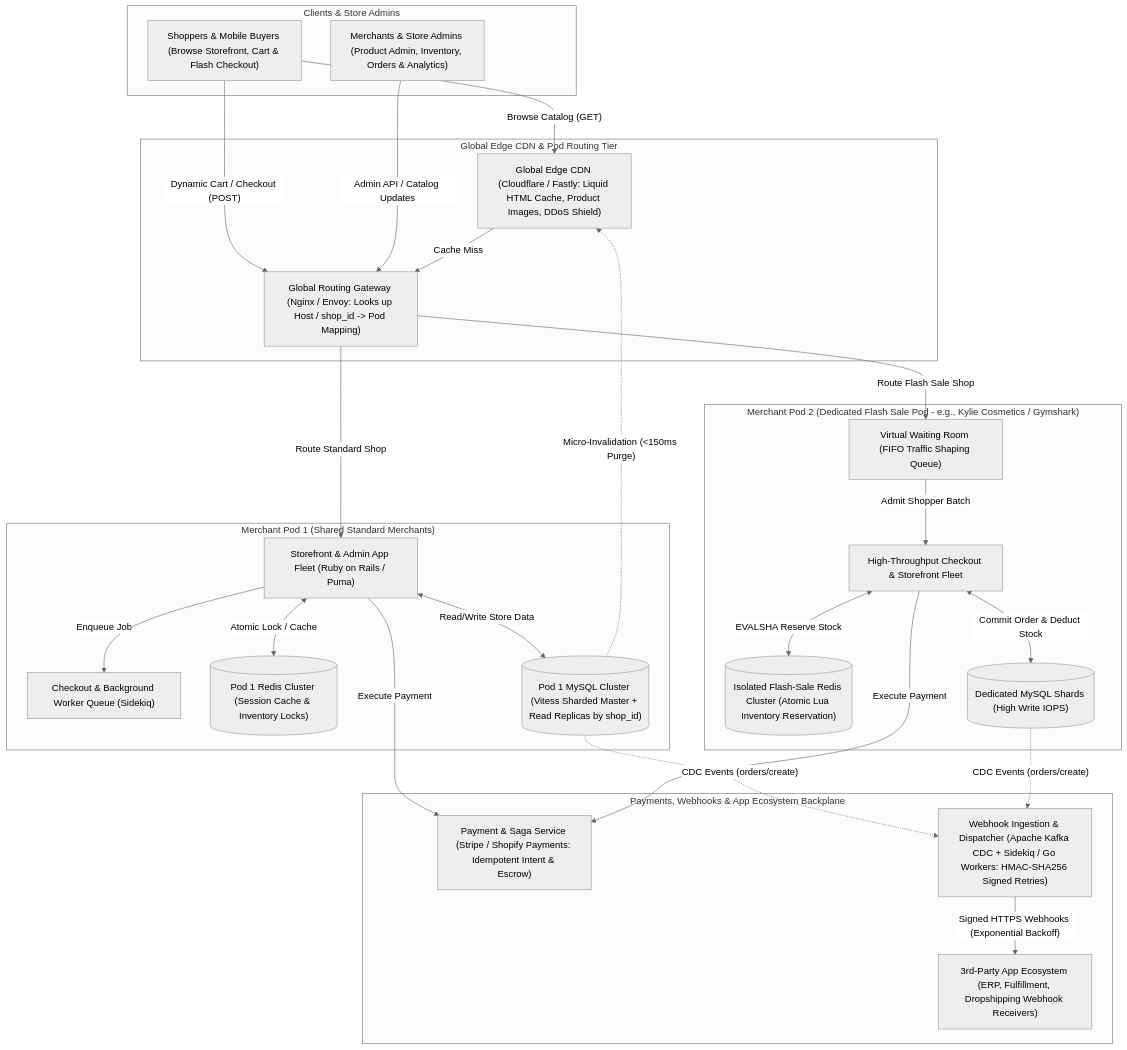
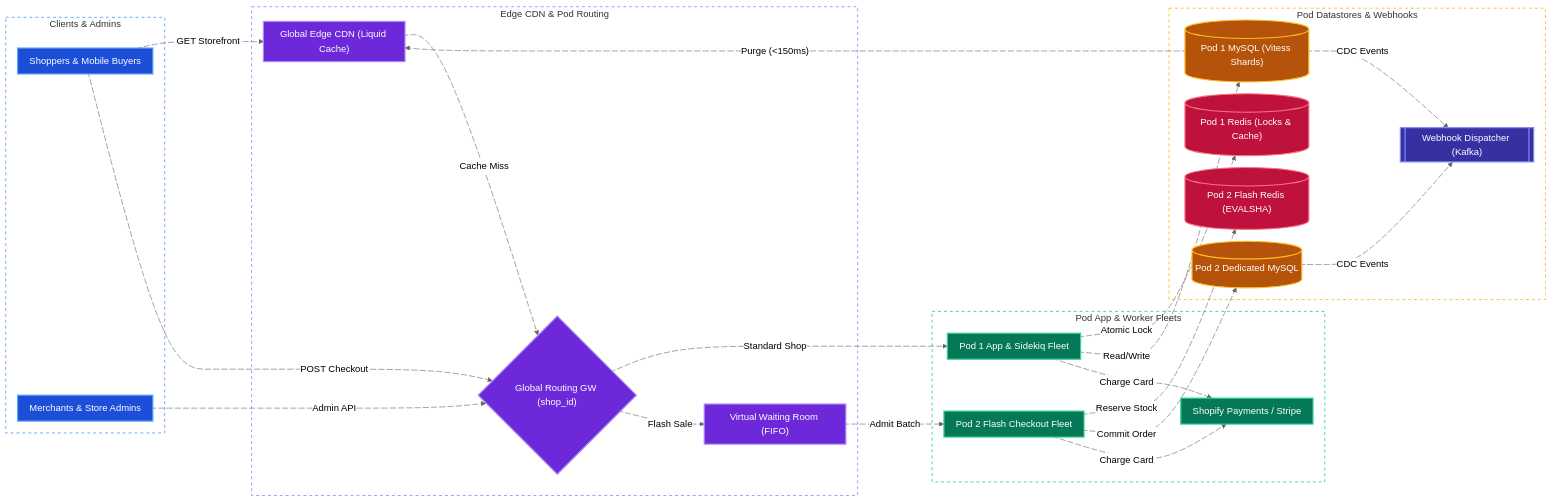
Before and after one commit to tarunbatta/tech-interview-prep: the fourth of 4 diagrams in system-design/shopify.md, drawn with Mermaid (neutral theme). The commit also changed other lines of this file and 30 other files, not shown here.

First line of the commit message:
docs(system-design): convert Mermaid flowcharts to LR with colors and animated edges

````diff
--- a/system-design/shopify.md
+++ b/system-design/shopify.md
@@ -238,46 +277,77 @@
 ```mermaid
-flowchart TD
-    subgraph Users["Clients & Store Admins"]
-        Buyers["Shoppers & Mobile Buyers (Browse Storefront, Cart & Flash Checkout)"]
-        Merchants["Merchants & Store Admins (Product Admin, Inventory, Orders & Analytics)"]
+%%{init: {'flowchart': {'nodeSpacing': 20, 'rankSpacing': 40, 'padding': 10}}}%%
+flowchart LR
+    subgraph Users["Clients & Admins"]
+        Buyers["Shoppers & Mobile Buyers"]
+        Merchants["Merchants & Store Admins"]
     end
-    subgraph EdgeRouting["Global Edge CDN & Pod Routing Tier"]
-        CDN["Global Edge CDN (Cloudflare / Fastly: Liquid HTML Cache, Product Images, DDoS Shield)"]
-        RoutingGW["Global Routing Gateway (Nginx / Envoy: Looks up Host / shop_id -> Pod Mapping)"]
+    subgraph EdgeRouting["Edge CDN & Pod Routing"]
+        CDN["Global Edge CDN (Liquid Cache)"]
+        RoutingGW{"Global Routing GW (shop_id)"}
+        WaitRoom["Virtual Waiting Room (FIFO)"]
     end
-    subgraph Pod1Cluster["Merchant Pod 1 (Shared Standard Merchants)"]
-        Pod1App["Storefront & Admin App Fleet (Ruby on Rails / Puma)"]
-        Pod1Queue["Checkout & Background Worker Queue (Sidekiq)"]
-        Pod1Redis[("Pod 1 Redis Cluster (Session Cache & Inventory Locks)")]
-        Pod1MySQL[("Pod 1 MySQL Cluster (Vitess Sharded Master + Read Replicas by shop_id)")]
+    subgraph PodCompute["Pod App & Worker Fleets"]
+        Pod1App["Pod 1 App & Sidekiq Fleet"]
+        Pod2App["Pod 2 Flash Checkout Fleet"]
+        PaymentSvc["Shopify Payments / Stripe"]
     end
-    subgraph Pod2Cluster["Merchant Pod 2 (Dedicated Flash Sale Pod - e.g., Kylie Cosmetics / Gymshark)"]
-        WaitRoom["Virtual Waiting Room (FIFO Traffic Shaping Queue)"]
-        Pod2App["High-Throughput Checkout & Storefront Fleet"]
-        Pod2Redis[("Isolated Flash-Sale Redis Cluster (Atomic Lua Inventory Reservation)")]
-        Pod2MySQL[("Dedicated MySQL Shards (High Write IOPS)")]
+    subgraph DataAndBackplane["Pod Datastores & Webhooks"]
+        Pod1Redis[("Pod 1 Redis (Locks & Cache)")]
+        Pod1MySQL[("Pod 1 MySQL (Vitess Shards)")]
+        Pod2Redis[("Pod 2 Flash Redis (EVALSHA)")]
+        Pod2MySQL[("Pod 2 Dedicated MySQL")]
+        WebhookPipe[["Webhook Dispatcher (Kafka)"]]
     end
-    subgraph SharedBackplane["Payments, Webhooks & App Ecosystem Backplane"]
-        PaymentSvc["Payment & Saga Service (Stripe / Shopify Payments: Idempotent Intent & Escrow)"]
-        WebhookPipe["Webhook Ingestion & Dispatcher (Apache Kafka CDC + Sidekiq / Go Workers: HMAC-SHA256 Signed Retries)"]
-        ThirdPartyApps["3rd-Party App Ecosystem (ERP, Fulfillment, Dropshipping Webhook Receivers)"]
-    end
-    Buyers -->|"Browse Catalog (GET)"| CDN
-    Buyers -->|"Dynamic Cart / Checkout (POST)"| RoutingGW
-    Merchants -->|"Admin API / Catalog Updates"| RoutingGW
-    CDN -->|"Cache Miss"| RoutingGW
-    RoutingGW -->|"Route Standard Shop"| Pod1App
-    RoutingGW -->|"Route Flash Sale Shop"| WaitRoom
-    Pod1App -->|"Enqueue Job"| Pod1Queue
-    Pod1App <-->|"Atomic Lock / Cache"| Pod1Redis
-    Pod1App <-->|"Read/Write Store Data"| Pod1MySQL
-    Pod1MySQL -.->|"Micro-Invalidation (<150ms Purge)"| CDN
-    WaitRoom -->|"Admit Shopper Batch"| Pod2App
-    Pod2App <-->|"EVALSHA Reserve Stock"| Pod2Redis
-    Pod2App <-->|"Commit Order & Deduct Stock"| Pod2MySQL
-    Pod1App -->|"Execute Payment"| PaymentSvc
-    Pod2App -->|"Execute Payment"| PaymentSvc
-    Pod1MySQL -.->|"CDC Events (orders/create)"| WebhookPipe
-    Pod2MySQL -.->|"CDC Events (orders/create)"| WebhookPipe
-    WebhookPipe -->|"Signed HTTPS Webhooks (Exponential Backoff)"| ThirdPartyApps
+    Buyers e1@-->|"GET Storefront"| CDN
+    Buyers e2@-->|"POST Checkout"| RoutingGW
+    Merchants e3@-->|"Admin API"| RoutingGW
+    CDN e4@-->|"Cache Miss"| RoutingGW
+    RoutingGW e5@-->|"Standard Shop"| Pod1App
+    RoutingGW e6@-->|"Flash Sale"| WaitRoom
+    WaitRoom e7@-->|"Admit Batch"| Pod2App
+    Pod1App e8@-->|"Atomic Lock"| Pod1Redis
+    Pod1App e9@-->|"Read/Write"| Pod1MySQL
+    Pod1MySQL e10@-.->|"Purge (<150ms)"| CDN
+    Pod2App e11@-->|"Reserve Stock"| Pod2Redis
+    Pod2App e12@-->|"Commit Order"| Pod2MySQL
+    Pod1App e13@-->|"Charge Card"| PaymentSvc
+    Pod2App e14@-->|"Charge Card"| PaymentSvc
+    Pod1MySQL e15@-.->|"CDC Events"| WebhookPipe
+    Pod2MySQL e16@-.->|"CDC Events"| WebhookPipe
+
+    e1@{ animate: true }
+    e2@{ animate: true }
+    e3@{ animate: true }
+    e4@{ animate: true }
+    e5@{ animate: true }
+    e6@{ animate: true }
+    e7@{ animate: true }
+    e8@{ animate: true }
+    e9@{ animate: true }
+    e10@{ animate: true }
+    e11@{ animate: true }
+    e12@{ animate: true }
+    e13@{ animate: true }
+    e14@{ animate: true }
+    e15@{ animate: true }
+    e16@{ animate: true }
+
+    classDef client fill:#1d4ed8,stroke:#60a5fa,stroke-width:2px,color:#ffffff
+    classDef edge fill:#6d28d9,stroke:#a78bfa,stroke-width:2px,color:#ffffff
+    classDef service fill:#047857,stroke:#34d399,stroke-width:2px,color:#ffffff
+    classDef cache fill:#be123c,stroke:#fb7185,stroke-width:2px,color:#ffffff
+    classDef storage fill:#b45309,stroke:#fbbf24,stroke-width:2px,color:#ffffff
+    classDef queue fill:#3730a3,stroke:#818cf8,stroke-width:2px,color:#ffffff
+
+    class Buyers,Merchants client
+    class CDN,RoutingGW,WaitRoom edge
+    class Pod1App,Pod2App,PaymentSvc service
+    class Pod1Redis,Pod2Redis cache
+    class Pod1MySQL,Pod2MySQL storage
+    class WebhookPipe queue
+
+    style Users fill:transparent,stroke:#60a5fa,stroke-width:1.5px,stroke-dasharray: 5 5
+    style EdgeRouting fill:transparent,stroke:#a78bfa,stroke-width:1.5px,stroke-dasharray: 5 5
+    style PodCompute fill:transparent,stroke:#34d399,stroke-width:1.5px,stroke-dasharray: 5 5
+    style DataAndBackplane fill:transparent,stroke:#fbbf24,stroke-width:1.5px,stroke-dasharray: 5 5
 ```
````
